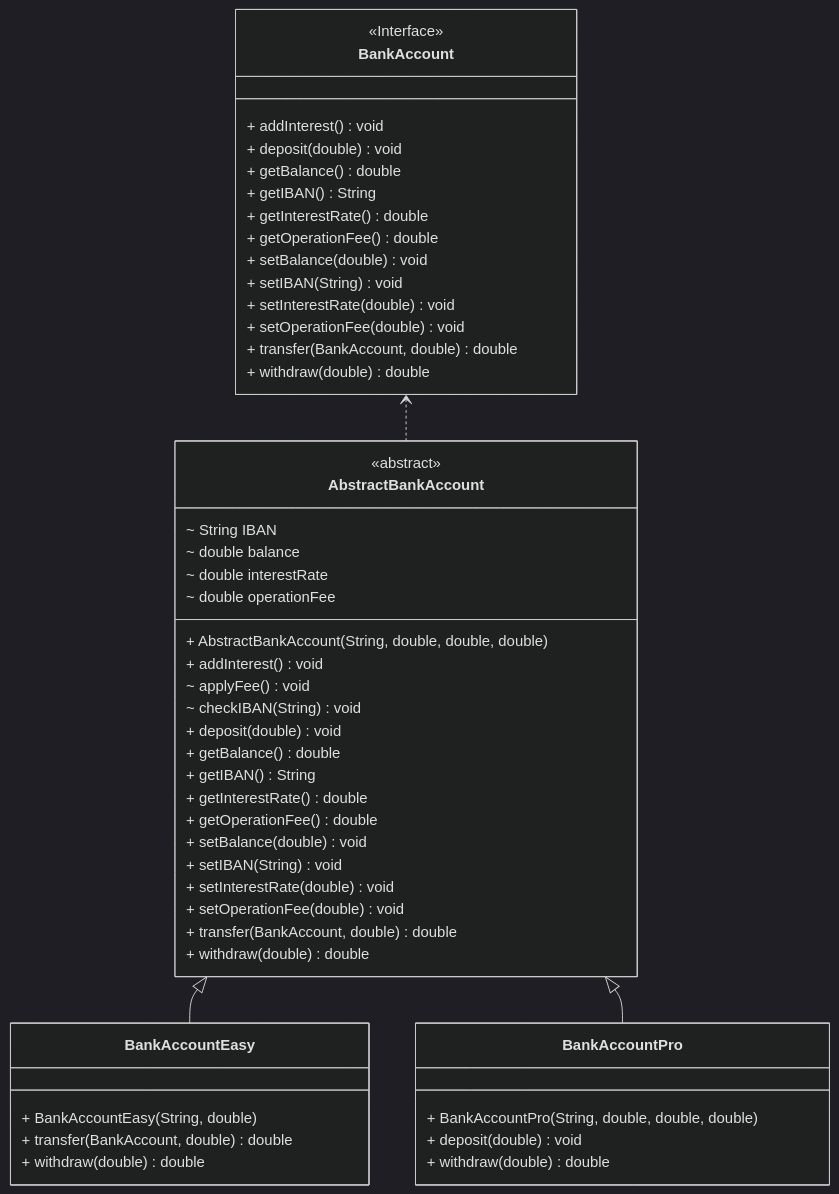
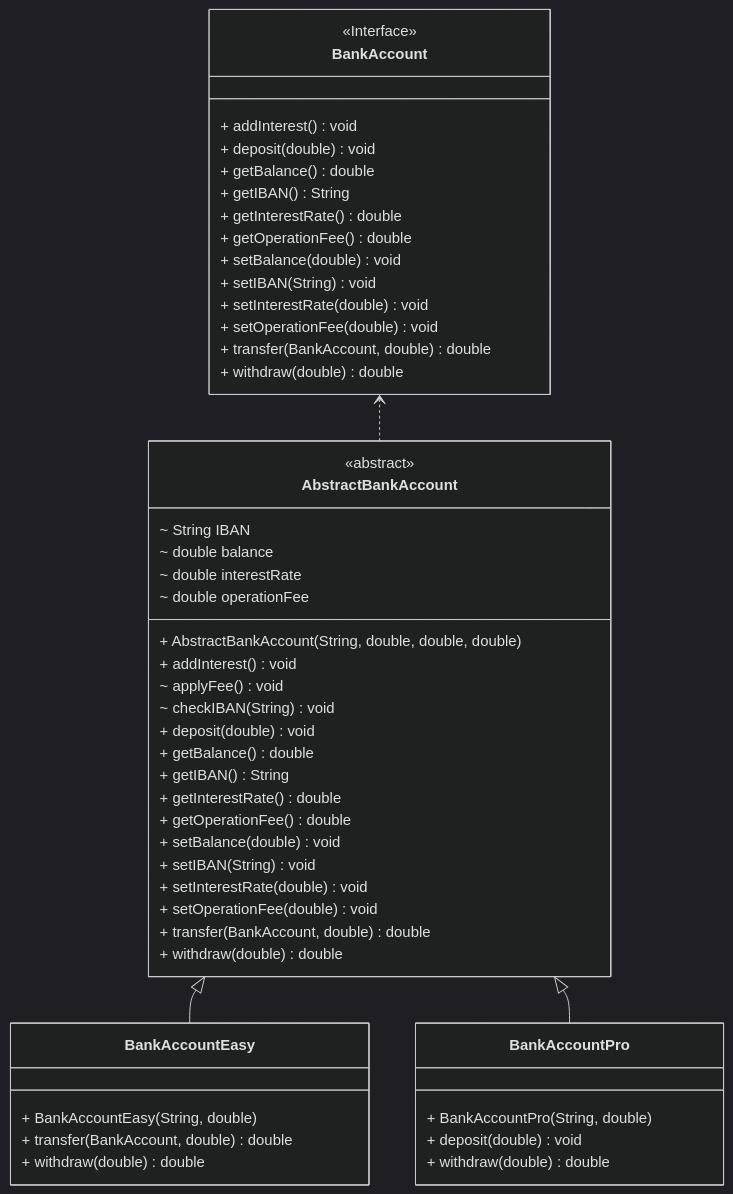
Before and after one commit to nbicocchi/learn-java-core: diagram 11 of 14 in src/main/java/com/nbicocchi/exercises/oop/README.md, drawn with Mermaid (dark theme).

````diff
--- a/src/main/java/com/nbicocchi/exercises/oop/README.md
+++ b/src/main/java/com/nbicocchi/exercises/oop/README.md
@@ -385,55 +385,55 @@
 ```mermaid
 classDiagram
 direction BT
 class AbstractBankAccount {
   <<abstract>>
   ~ String IBAN
   ~ double balance
   ~ double interestRate
   ~ double operationFee
   + AbstractBankAccount(String, double, double, double)
   + addInterest() void
   ~ applyFee() void
   ~ checkIBAN(String) void
   + deposit(double) void
   + getBalance() double
   + getIBAN() String
   + getInterestRate() double
   + getOperationFee() double
   + setBalance(double) void
   + setIBAN(String) void
   + setInterestRate(double) void
   + setOperationFee(double) void
   + transfer(BankAccount, double) double
   + withdraw(double) double
 }
 class BankAccount {
   <<Interface>>
   + addInterest() void
   + deposit(double) void
   + getBalance() double
   + getIBAN() String
   + getInterestRate() double
   + getOperationFee() double
   + setBalance(double) void
   + setIBAN(String) void
   + setInterestRate(double) void
   + setOperationFee(double) void
   + transfer(BankAccount, double) double
   + withdraw(double) double
 }
 class BankAccountEasy {
   + BankAccountEasy(String, double)
   + transfer(BankAccount, double) double
   + withdraw(double) double
 }
 class BankAccountPro {
-  + BankAccountPro(String, double, double, double)
+  + BankAccountPro(String, double)
   + deposit(double) void
   + withdraw(double) double
 }
 
 AbstractBankAccount  ..>  BankAccount
 BankAccountEasy  --|>  AbstractBankAccount
 BankAccountPro  --|>  AbstractBankAccount
 ```
````
